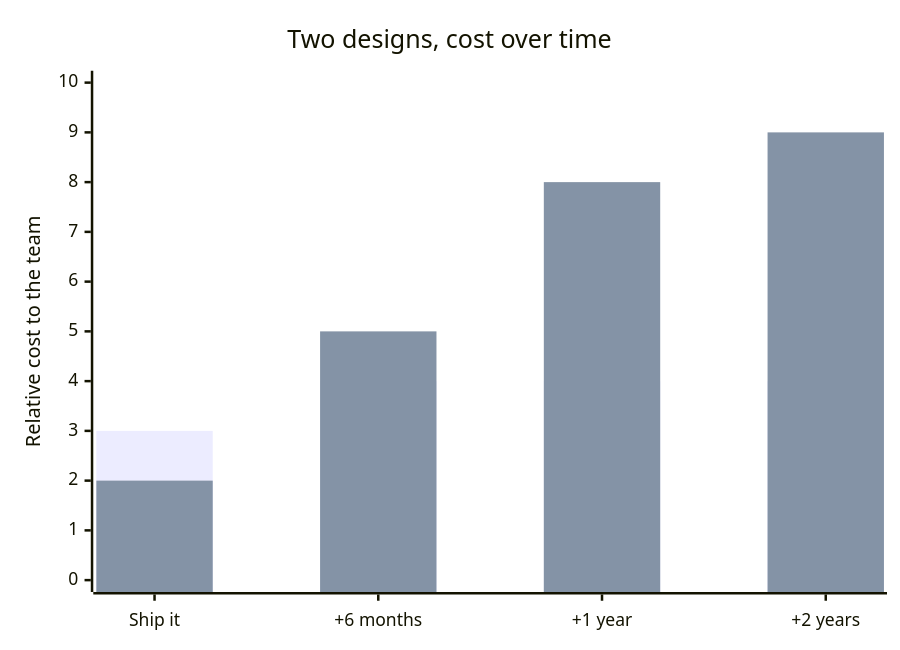
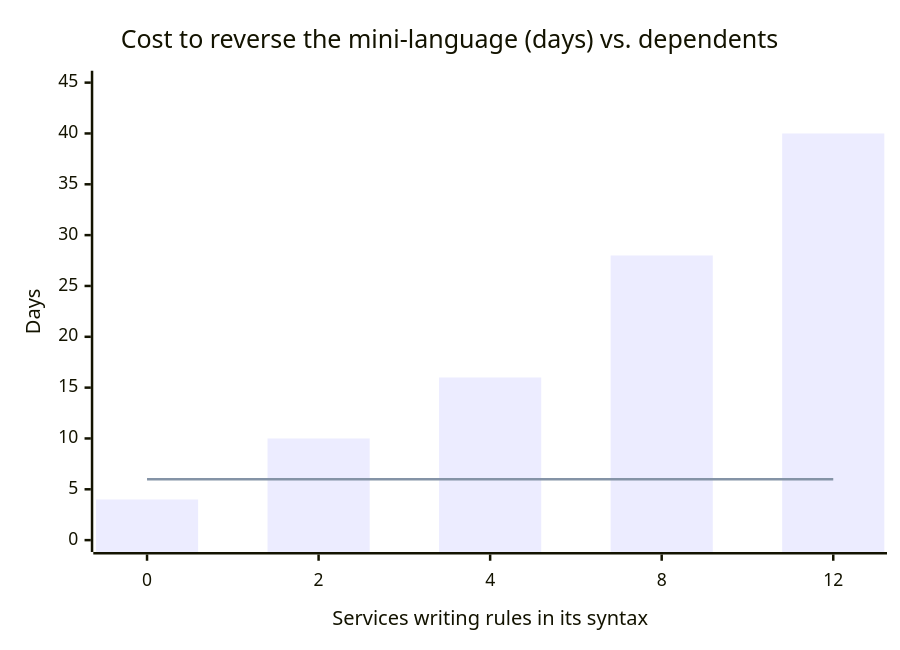
One commit to francoandreDev/knowledge changed the second of 2 diagrams in src/content/software-design/long-term-design-judgment/L1-summary.mdx. Above: the diagram before and after it, drawn with Mermaid. The commit also changed other lines of this file and 16 other files, not shown here.

Commit message:
Migrate software-design closing units and architecture batch 1 (evolutionary-design, long-term-design-judgment, architecture-styles, domain-driven-design) to the three-tier exercise model

````diff
--- a/src/content/software-design/long-term-design-judgment/L1-summary.mdx
+++ b/src/content/software-design/long-term-design-judgment/L1-summary.mdx
@@ -110,8 +120,8 @@
 ```mermaid
 xychart-beta
-  title "Two designs, cost over time"
-  x-axis ["Ship it", "+6 months", "+1 year", "+2 years"]
-  y-axis "Relative cost to the team" 0 --> 10
-  bar [3, 4, 4, 4]
-  bar [2, 5, 8, 9]
+  title "Cost to reverse the mini-language (days) vs. dependents"
+  x-axis "Services writing rules in its syntax" ["0", "2", "4", "8", "12"]
+  y-axis "Days" 0 --> 45
+  bar [4, 10, 16, 28, 40]
+  line [6, 6, 6, 6, 6]
 ```
````
